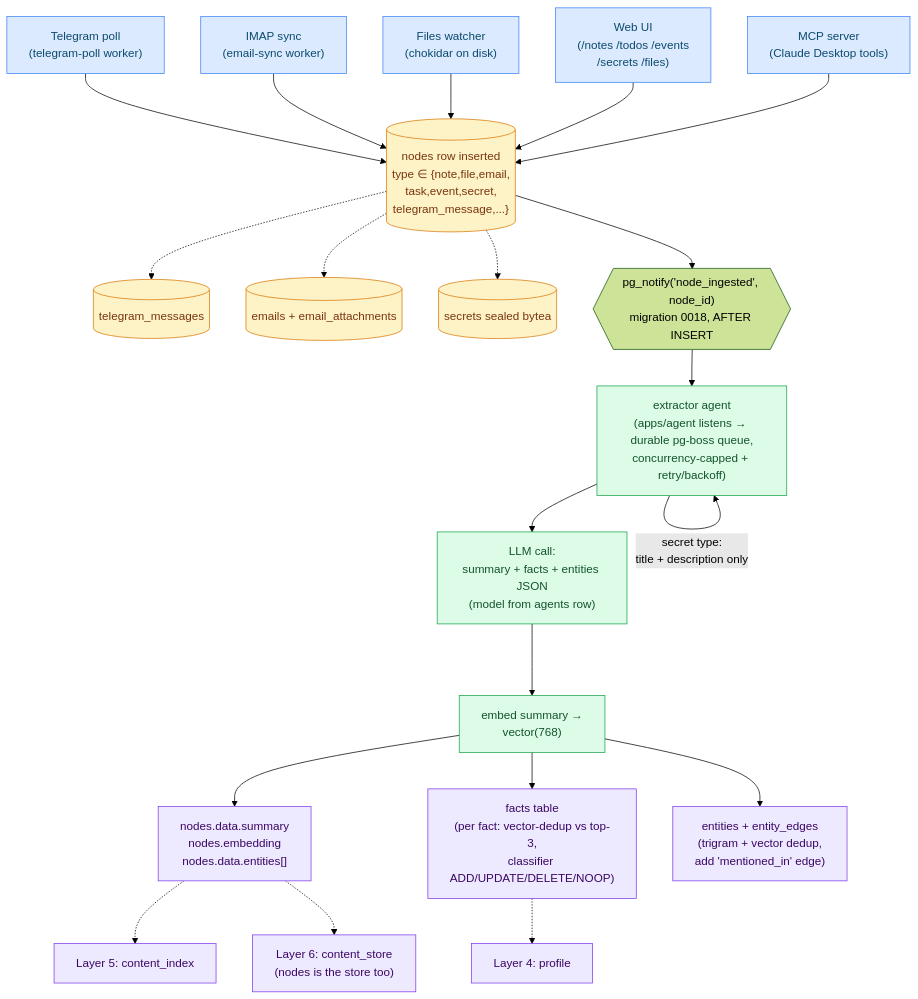
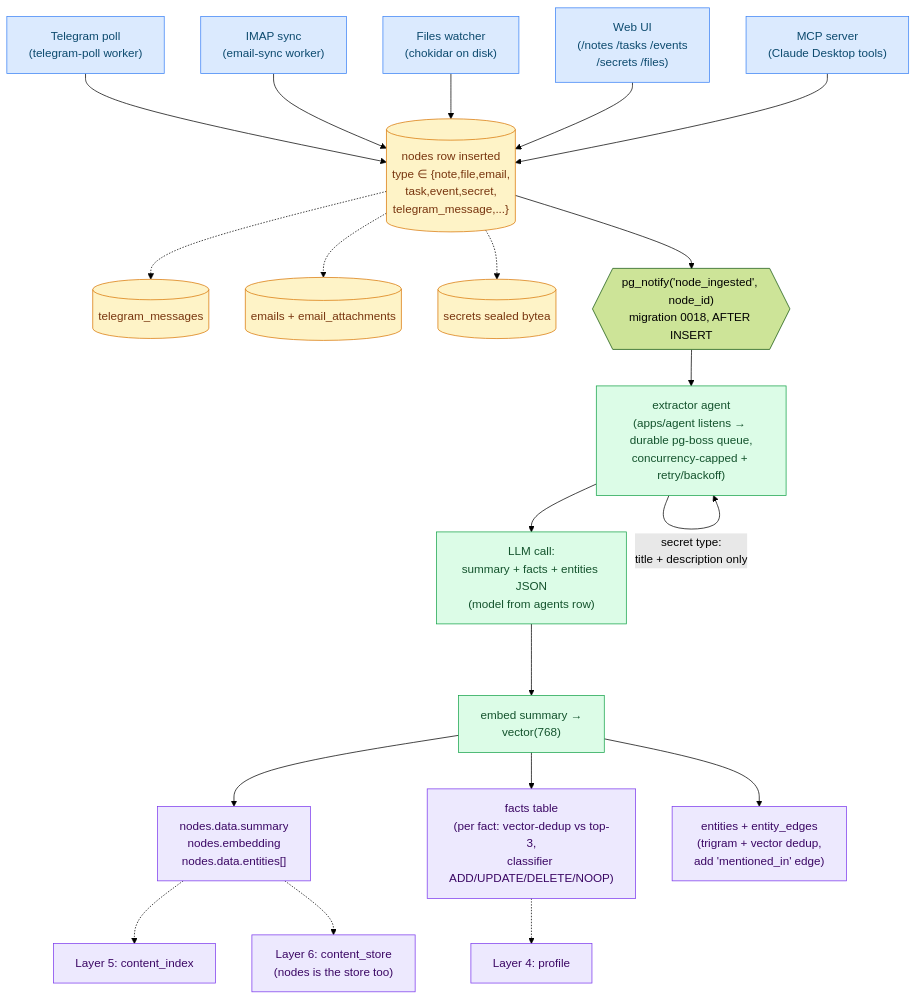
Before and after one commit to crossworks-engineering/mantle: the first of 2 diagrams in docs/memory.md, drawn with Mermaid (forest theme). The commit also changed other lines of this file and 38 other files, not shown here.

First line of the commit message:
docs: sweep Todos->Tasks and Lifelogs->Journal across living docs

````diff
--- a/docs/memory.md
+++ b/docs/memory.md
@@ -67,45 +67,45 @@
 ```mermaid
 flowchart TD
     classDef source fill:#dbeafe,stroke:#3b82f6,color:#0c4a6e
     classDef store  fill:#fef3c7,stroke:#d97706,color:#78350f
     classDef agent  fill:#dcfce7,stroke:#16a34a,color:#14532d
     classDef layer  fill:#ede9fe,stroke:#7c3aed,color:#3b0764
 
     %% Ingest sources
     TG["Telegram poll<br/>(telegram-poll worker)"]:::source
     EM["IMAP sync<br/>(email-sync worker)"]:::source
     FW["Files watcher<br/>(chokidar on disk)"]:::source
-    WEB["Web UI<br/>(/notes /todos /events<br/>/secrets /files)"]:::source
+    WEB["Web UI<br/>(/notes /tasks /events<br/>/secrets /files)"]:::source
     MCP["MCP server<br/>(Claude Desktop tools)"]:::source
 
     %% Persist
     N[("nodes row inserted<br/>type ∈ {note,file,email,<br/>task,event,secret,<br/>telegram_message,...}")]:::store
     TG --> N
     EM --> N
     FW --> N
     WEB --> N
     MCP --> N
 
     %% Specialised tables alongside
     N -.-> TM[("telegram_messages")]:::store
     N -.-> EROW[("emails + email_attachments")]:::store
     N -.-> SR[("secrets sealed bytea")]:::store
 
     %% Trigger
     N --> TR{{"pg_notify('node_ingested', node_id)<br/>migration 0018, AFTER INSERT"}}
 
     %% Extractor agent
     TR --> EX["extractor agent<br/>(apps/agent listens → durable pg-boss queue,<br/>concurrency-capped + retry/backoff)"]:::agent
     EX -- "secret type:<br/>title + description only" --> EX
     EX --> SUM["LLM call:<br/>summary + facts + entities JSON<br/>(model from agents row)"]:::agent
     SUM --> EMB["embed summary →<br/>vector(768)"]:::agent
 
     %% Layer writes
     EMB --> CI["nodes.data.summary<br/>nodes.embedding<br/>nodes.data.entities[]"]:::layer
     EMB --> FACTS["facts table<br/>(per fact: vector-dedup vs top-3,<br/>classifier ADD/UPDATE/DELETE/NOOP)"]:::layer
     EMB --> ENT["entities + entity_edges<br/>(trigram + vector dedup,<br/>add 'mentioned_in' edge)"]:::layer
 
     CI -.-> L5["Layer 5: content_index"]:::layer
     CI -.-> L6["Layer 6: content_store<br/>(nodes is the store too)"]:::layer
     FACTS -.-> L4["Layer 4: profile"]:::layer
 ```
````
